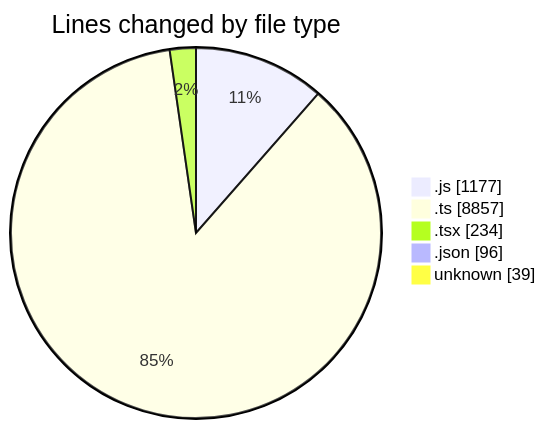
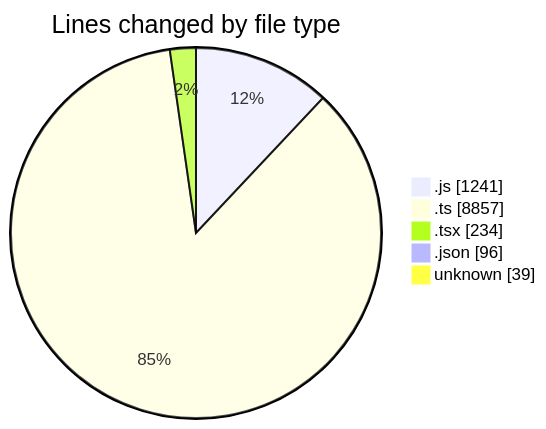
One commit to momahboobian/code-tracking changed the first of 2 diagrams in 2025-05-14/cda/README.md. Above: the diagram before and after it, drawn with Mermaid. The commit also changed other lines of this file and 1 other file, not shown here.

````diff
--- a/2025-05-14/cda/README.md
+++ b/2025-05-14/cda/README.md
@@ -30,9 +30,9 @@
 ```mermaid
 pie showData
 title Lines changed by file type
-".js" : 1177
+".js" : 1241
 ".ts" : 8857
 ".tsx" : 234
 ".json" : 96
 "unknown" : 39
 ```
````
